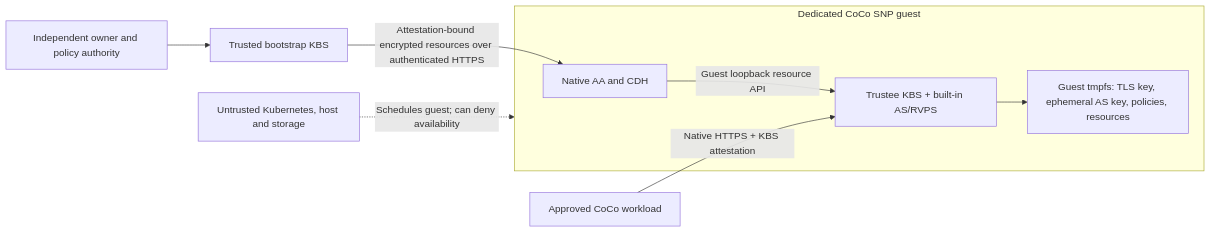
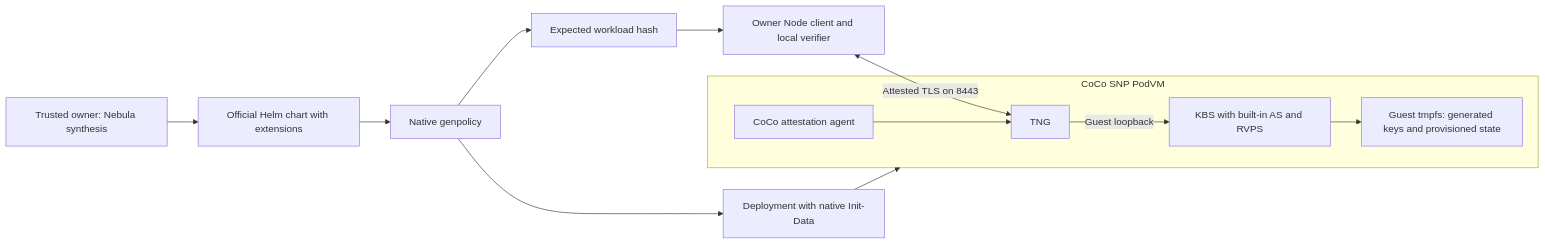
The diagram in packages/nebula/src/modules/k8s/trustee/README.md (mateo-moon/nebula), drawn with Mermaid before and after one commit. The commit also changed other lines of this file and 93 other files, not shown here.

Commit message:
Deploy Trustee with official Helm and native genpolicy

````diff
--- a/packages/nebula/src/modules/k8s/trustee/README.md
+++ b/packages/nebula/src/modules/k8s/trustee/README.md
@@ -58,11 +15,15 @@
 ```mermaid
 flowchart LR
-  O[Independent owner and policy authority] --> B[Trusted bootstrap KBS]
-  B -->|Attestation-bound encrypted resources over authenticated HTTPS| C
-  subgraph SNP[Dedicated CoCo SNP guest]
-    C[Native AA and CDH] -->|Guest loopback resource API| K[Trustee KBS + built-in AS/RVPS]
-    K --> M[Guest tmpfs: TLS key, ephemeral AS key, policies, resources]
+  C[Trusted owner: Nebula synthesis] --> H[Official Helm chart with extensions]
+  H --> G[Native genpolicy]
+  G --> D[Deployment with native Init-Data]
+  G --> I[Expected workload hash]
+  I --> V[Owner Node client and local verifier]
+  D --> VM
+  V <-->|Attested TLS on 8443| T
+  subgraph VM[CoCo SNP PodVM]
+    A[CoCo attestation agent] --> T[TNG]
+    T -->|Guest loopback| K[KBS with built-in AS and RVPS]
+    K --> S[Guest tmpfs: generated keys and provisioned state]
   end
-  W[Approved CoCo workload] -->|Native HTTPS + KBS attestation| K
-  H[Untrusted Kubernetes, host and storage] -.->|Schedules guest; can deny availability| SNP
 ```
````
